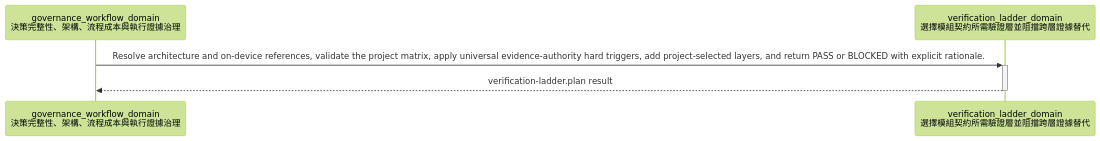
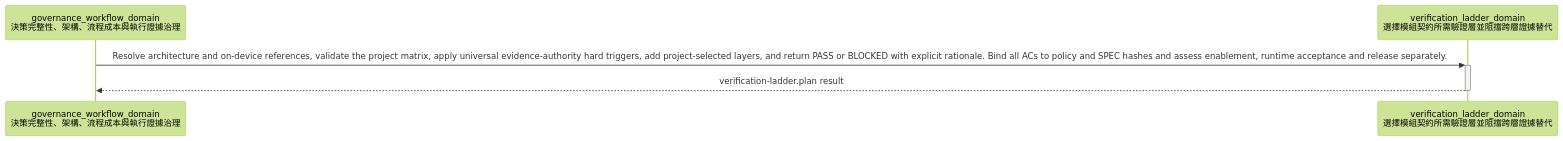
One commit to ShinWeiPeng/skills changed the second of 2 diagrams in architecture/generated/governance_workflow_domain.md. Above: the diagram before and after it, drawn with Mermaid (forest theme). The commit also changed other lines of this file and 49 other files, not shown here.

````diff
--- a/architecture/generated/governance_workflow_domain.md
+++ b/architecture/generated/governance_workflow_domain.md
@@ -104,7 +104,7 @@
 ```mermaid
 sequenceDiagram
     participant n_governance_workflow_domain as governance_workflow_domain<br/>決策完整性、架構、流程成本與執行證據治理
     participant n_verification_ladder_domain as verification_ladder_domain<br/>選擇模組契約所需驗證層並阻擋跨層證據替代
-    n_governance_workflow_domain->>+n_verification_ladder_domain: Resolve architecture and on-device references, validate the project matrix, apply universal evidence-authority hard triggers, add project-selected layers, and return PASS or BLOCKED with explicit rationale.
+    n_governance_workflow_domain->>+n_verification_ladder_domain: Resolve architecture and on-device references, validate the project matrix, apply universal evidence-authority hard triggers, add project-selected layers, and return PASS or BLOCKED with explicit rationale. Bind all ACs to policy and SPEC hashes and assess enablement, runtime acceptance and release separately.
     n_verification_ladder_domain-->>-n_governance_workflow_domain: verification-ladder.plan result
 ```
````
